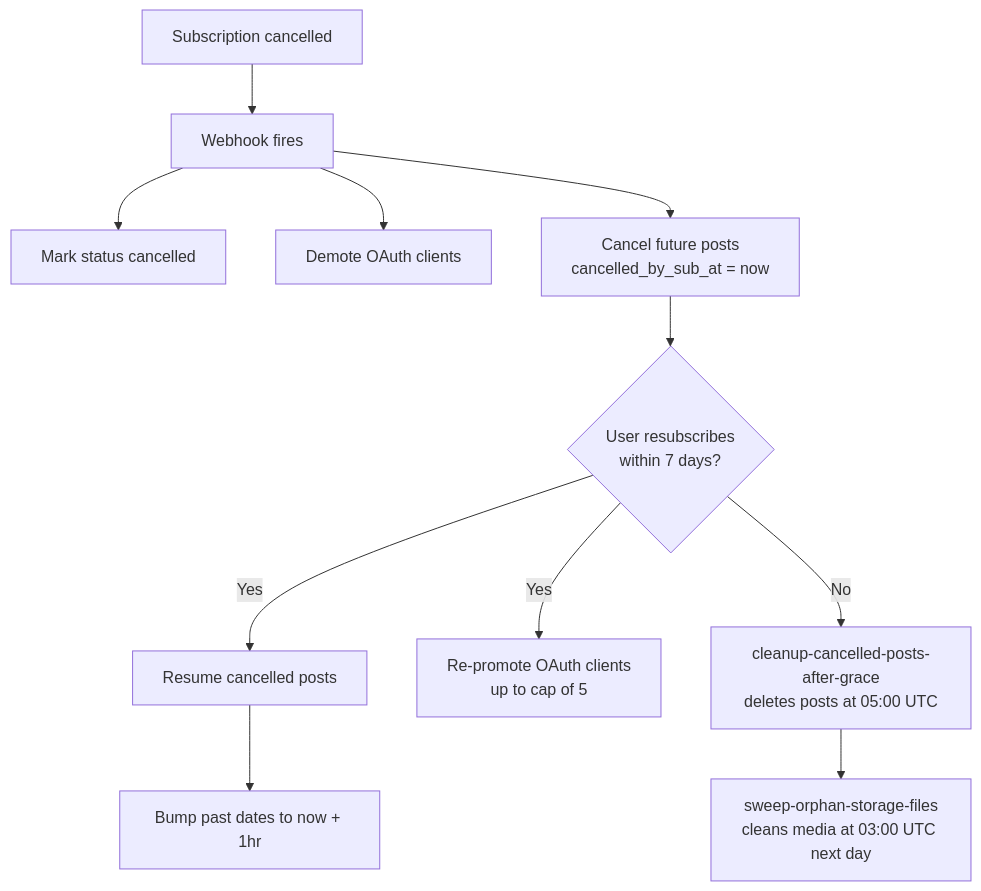
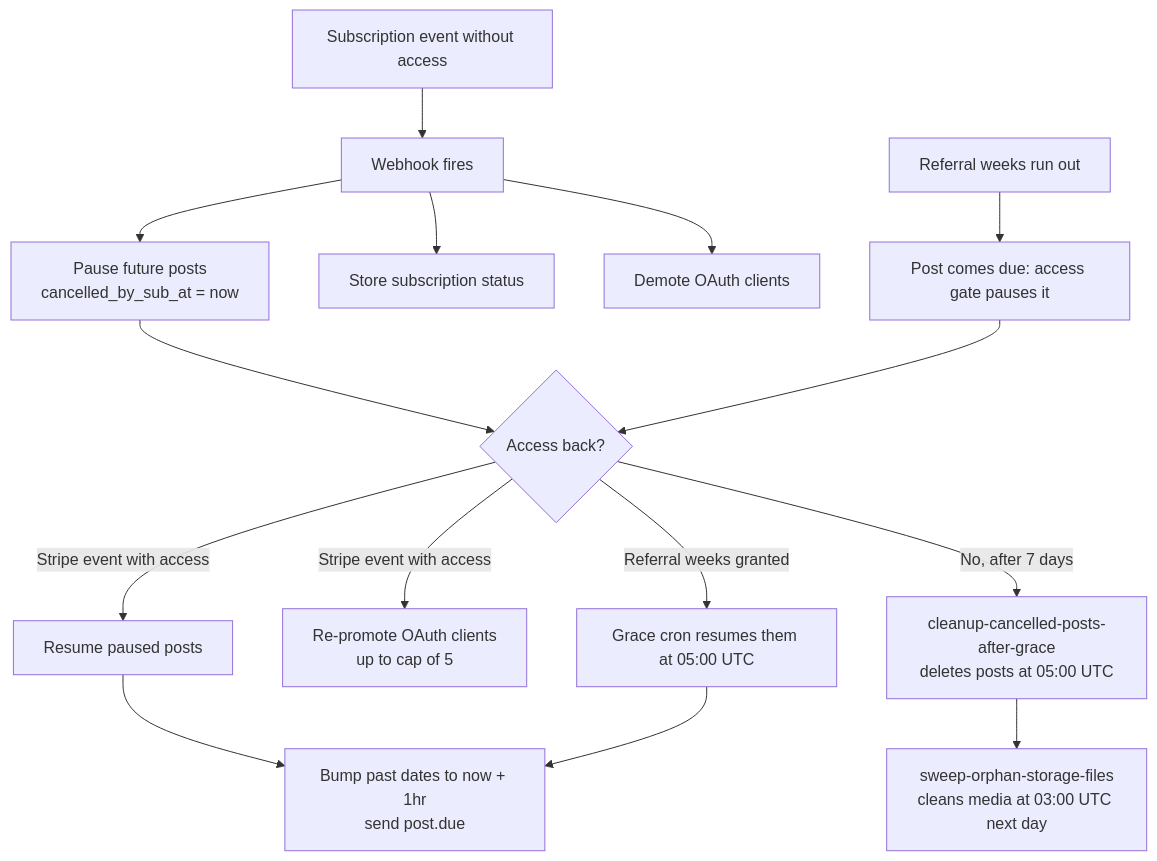
Before and after one commit to Andy00L/sharetopus: the second of 3 diagrams in docs/BILLING.md, drawn with Mermaid. The commit also changed other lines of this file and 15 other files, not shown here.

````diff
--- a/docs/BILLING.md
+++ b/docs/BILLING.md
@@ -209,13 +214,17 @@
 ```mermaid
 flowchart TD
-    A[Subscription cancelled] --> B[Webhook fires]
-    B --> C[Mark status cancelled]
+    A[Subscription event without access] --> B[Webhook fires]
+    A2[Referral weeks run out] --> P[Post comes due: access gate pauses it]
+    B --> C[Store subscription status]
     B --> D[Demote OAuth clients]
-    B --> E[Cancel future posts<br>cancelled_by_sub_at = now]
-    E --> F{User resubscribes<br>within 7 days?}
-    F -- Yes --> G[Resume cancelled posts]
-    G --> H[Bump past dates to now + 1hr]
-    F -- Yes --> I[Re-promote OAuth clients<br>up to cap of 5]
-    F -- No --> J[cleanup-cancelled-posts-after-grace<br>deletes posts at 05:00 UTC]
+    B --> E[Pause future posts<br>cancelled_by_sub_at = now]
+    E --> F{Access back?}
+    P --> F
+    F -- Stripe event with access --> G[Resume paused posts]
+    G --> H[Bump past dates to now + 1hr<br>send post.due]
+    F -- Stripe event with access --> I[Re-promote OAuth clients<br>up to cap of 5]
+    F -- Referral weeks granted --> G2[Grace cron resumes them at 05:00 UTC]
+    G2 --> H
+    F -- No, after 7 days --> J[cleanup-cancelled-posts-after-grace<br>deletes posts at 05:00 UTC]
     J --> K[sweep-orphan-storage-files<br>cleans media at 03:00 UTC next day]
 ```
````
